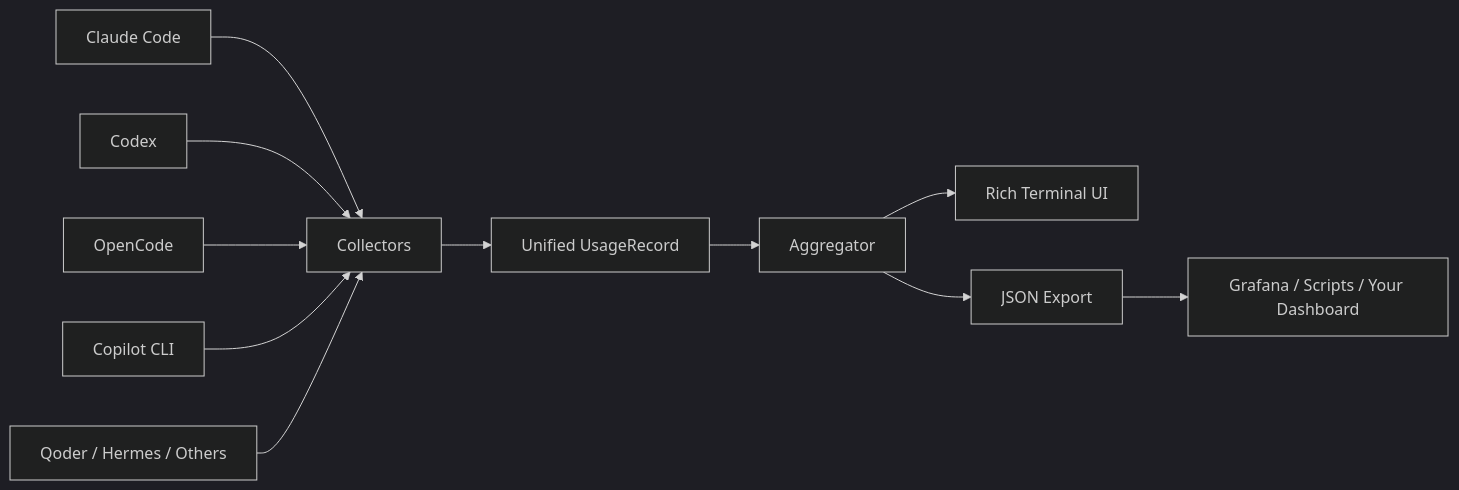
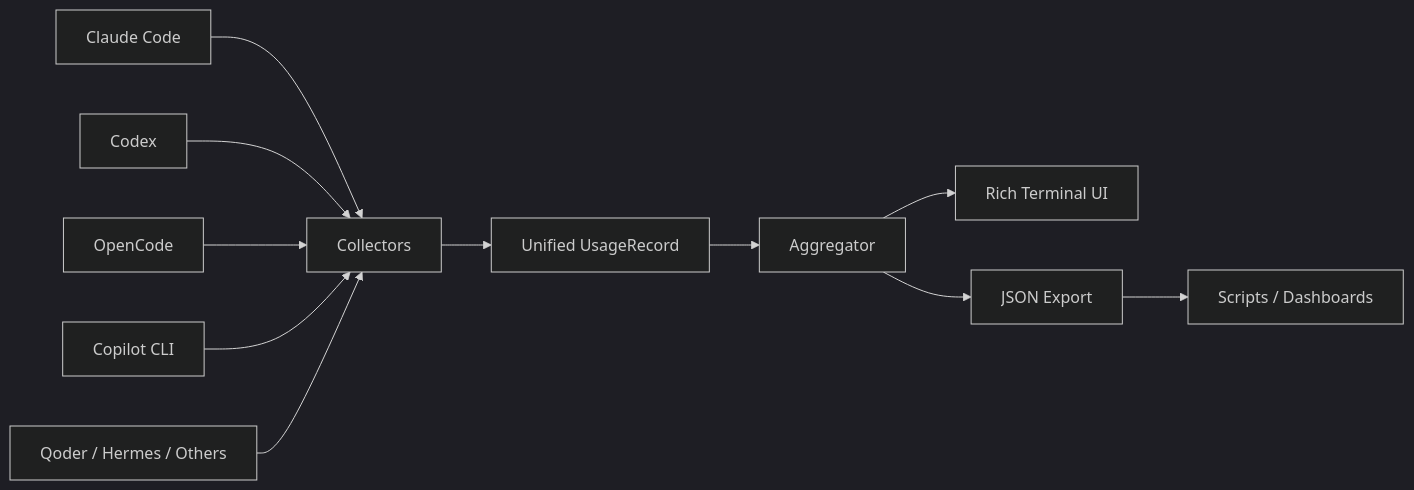
Before and after one commit to Dream22180971/LLM-Usage-Collector: the diagram in README.md, drawn with Mermaid (dark theme). The commit also changed other lines of this file, not shown here.

````diff
--- a/README.md
+++ b/README.md
@@ -144,14 +135,14 @@
 ```mermaid
 flowchart LR
     A[Claude Code] --> C[Collectors]
     B[Codex] --> C
     D[OpenCode] --> C
     E[Copilot CLI] --> C
     F[Qoder / Hermes / Others] --> C
 
     C --> U[Unified UsageRecord]
     U --> G[Aggregator]
     G --> T[Rich Terminal UI]
     G --> J[JSON Export]
-    J --> X[Grafana / Scripts / Your Dashboard]
+    J --> X[Scripts / Dashboards]
 ```
````
